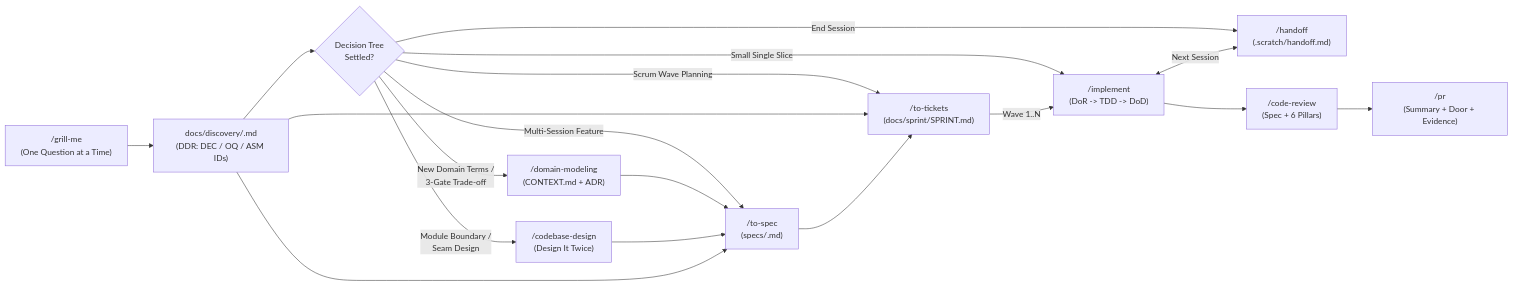
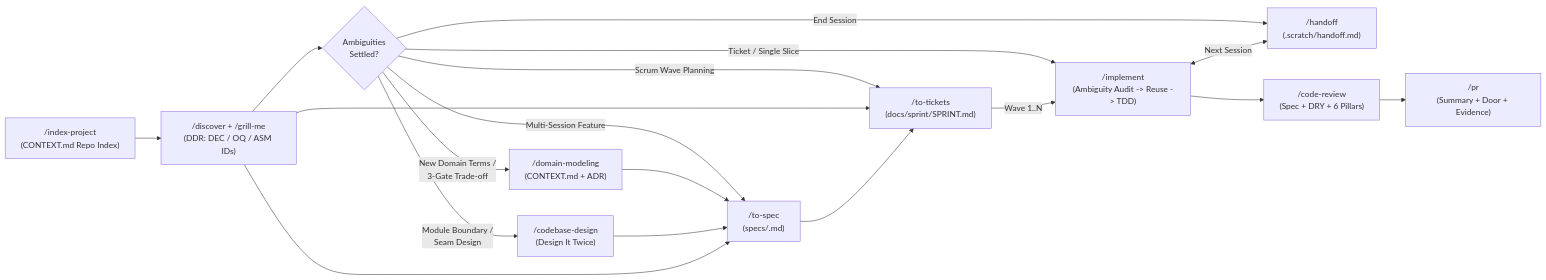
One commit to rafaelghif/antigravity-agents-core changed the diagram in README.md. Above: the diagram before and after it, drawn with Mermaid. The commit also changed other lines of this file and 42 other files, not shown here.

````diff
--- a/README.md
+++ b/README.md
@@ -87,20 +88,20 @@
 ```mermaid
 flowchart LR
-    G["/grill-me\n(One Question at a Time)"] --> DDR["docs/discovery/<slug>.md\n(DDR: DEC / OQ / ASM IDs)"]
-    DDR --> F{"Decision Tree\nSettled?"}
+    Idx["/index-project\n(CONTEXT.md Repo Index)"] --> Disc["/discover + /grill-me\n(DDR: DEC / OQ / ASM IDs)"]
+    Disc --> F{"Ambiguities\nSettled?"}
     F -->|"New Domain Terms /\n3-Gate Trade-off"| DM["/domain-modeling\n(CONTEXT.md + ADR)"]
     F -->|"Module Boundary /\nSeam Design"| CD["/codebase-design\n(Design It Twice)"]
     F -->|"Multi-Session Feature"| Spec["/to-spec\n(specs/<slug>.md)"]
     F -->|"Scrum Wave Planning"| Tickets["/to-tickets\n(docs/sprint/SPRINT.md)"]
-    F -->|"Small Single Slice"| Impl["/implement\n(DoR -> TDD -> DoD)"]
+    F -->|"Ticket / Single Slice"| Impl["/implement\n(Ambiguity Audit -> Reuse -> TDD)"]
     F -->|"End Session"| Handoff["/handoff\n(.scratch/handoff.md)"]
     DM --> Spec
     CD --> Spec
-    DDR --> Spec
-    DDR --> Tickets
+    Disc --> Spec
+    Disc --> Tickets
     Spec --> Tickets
     Tickets -->|"Wave 1..N"| Impl
     Impl <-->|"Next Session"| Handoff
-    Impl --> Review["/code-review\n(Spec + 6 Pillars)"]
+    Impl --> Review["/code-review\n(Spec + DRY + 6 Pillars)"]
     Review --> PR["/pr\n(Summary + Door + Evidence)"]
 ```
````
